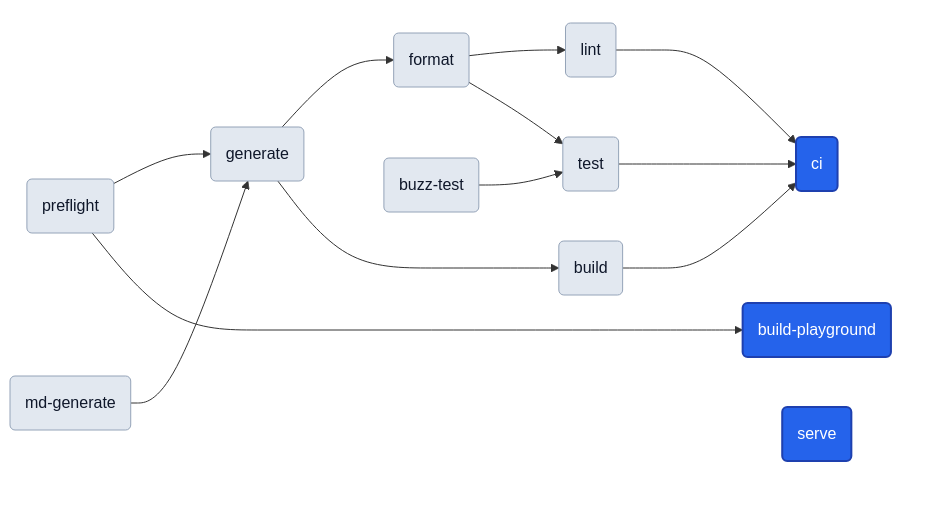
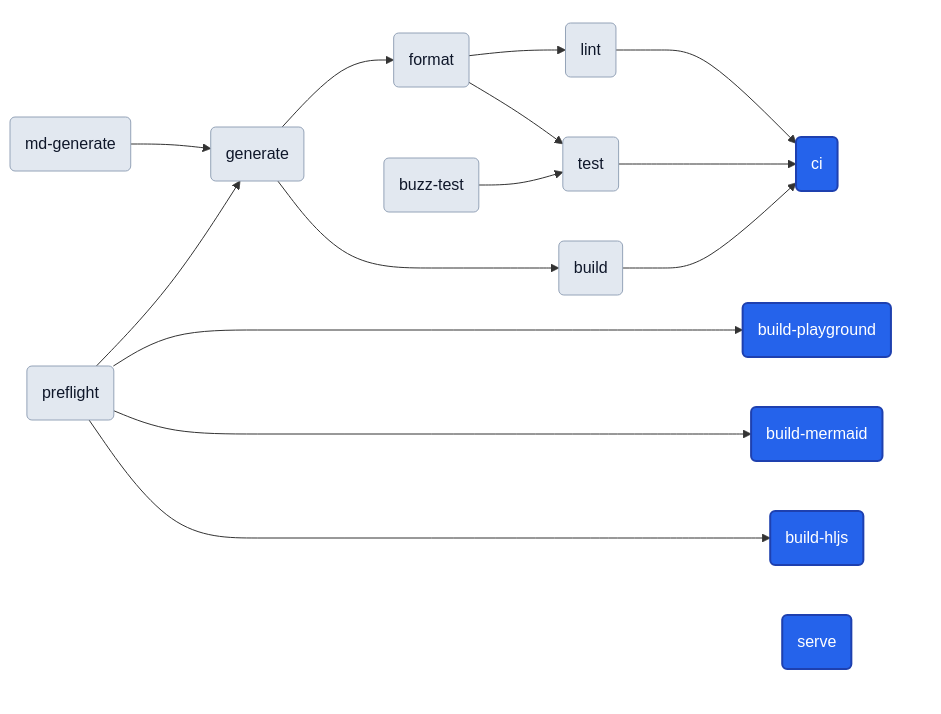
Before and after one commit to egladman/magus: the second of 2 diagrams in website/MAGUS.md, drawn with Mermaid. The commit also changed other lines of this file and 151 other files, not shown here.

Commit message:
vendor mermaid, highlight.js, and Pico CSS same-origin; drop all jsdelivr CDN references

````diff
--- a/website/MAGUS.md
+++ b/website/MAGUS.md
@@ -89,38 +89,42 @@
 ```mermaid
 ---
 config:
   flowchart:
     nodeSpacing: 50
     rankSpacing: 80
 ---
 graph LR
   subgraph entry_cluster[" "]
     ci("ci")
     build_playground("build-playground")
+    build_mermaid("build-mermaid")
+    build_hljs("build-hljs")
     serve("serve")
   end
   preflight("preflight")
   md_generate("md-generate")
   generate("generate")
   format("format")
   lint("lint")
   build("build")
   buzz_test("buzz-test")
   test("test")
   preflight --> generate
   md_generate --> generate
   generate --> format
   format --> lint
   generate --> build
   format --> test
   buzz_test --> test
   lint --> ci
   build --> ci
   test --> ci
   preflight --> build_playground
+  preflight --> build_mermaid
+  preflight --> build_hljs
   classDef anchor fill:#2563eb,color:#ffffff,stroke:#1e40af,stroke-width:2px
   classDef target fill:#e2e8f0,color:#0f172a,stroke:#94a3b8
-  class build_playground,ci,serve anchor
+  class build_hljs,build_mermaid,build_playground,ci,serve anchor
   class build,buzz_test,format,generate,lint,md_generate,preflight,test target
   style entry_cluster fill:transparent,stroke:transparent
 ```
````
